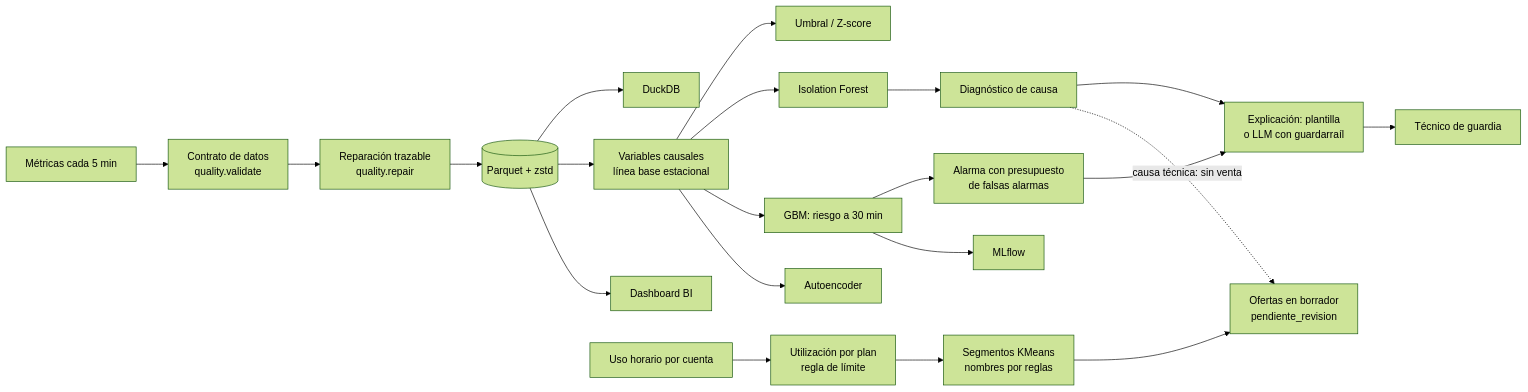
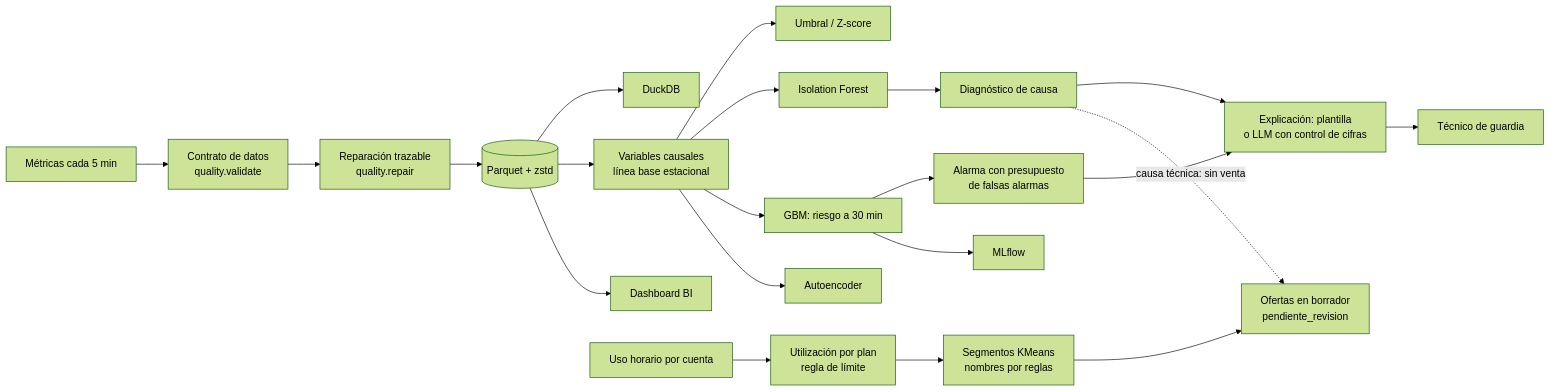
The diagram in README.md (carlosmsr92/capacity-guard), drawn with Mermaid (forest theme) before and after one commit. The commit also changed other lines of this file and 4 other files, not shown here.

````diff
--- a/README.md
+++ b/README.md
@@ -53,23 +57,23 @@
 ```mermaid
 flowchart LR
   A[Métricas cada 5 min] --> B[Contrato de datos<br/>quality.validate]
   B --> C[Reparación trazable<br/>quality.repair]
   C --> D[(Parquet + zstd)]
   D --> E[DuckDB]
   D --> F[Variables causales<br/>línea base estacional]
   F --> G1[Umbral / Z-score]
   F --> G2[Isolation Forest]
   F --> G3[GBM: riesgo a 30 min]
   F --> G4[Autoencoder]
   G2 --> H[Diagnóstico de causa]
   G3 --> I[Alarma con presupuesto<br/>de falsas alarmas]
-  H --> J[Explicación: plantilla<br/>o LLM con guardarraíl]
+  H --> J[Explicación: plantilla<br/>o LLM con control de cifras]
   I --> J
   J --> K[Técnico de guardia]
   D --> L[Dashboard BI]
   N[Uso horario por cuenta] --> O[Utilización por plan<br/>regla de límite]
   O --> P[Segmentos KMeans<br/>nombres por reglas]
   P --> Q[Ofertas en borrador<br/>pendiente_revision]
   H -. causa técnica: sin venta .-> Q
   G3 --> M[MLflow]
 ```
````
